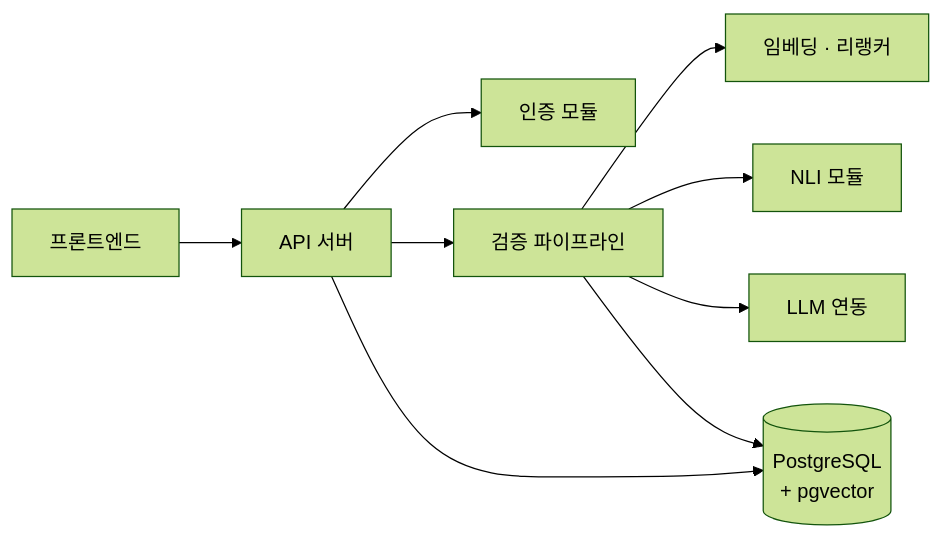
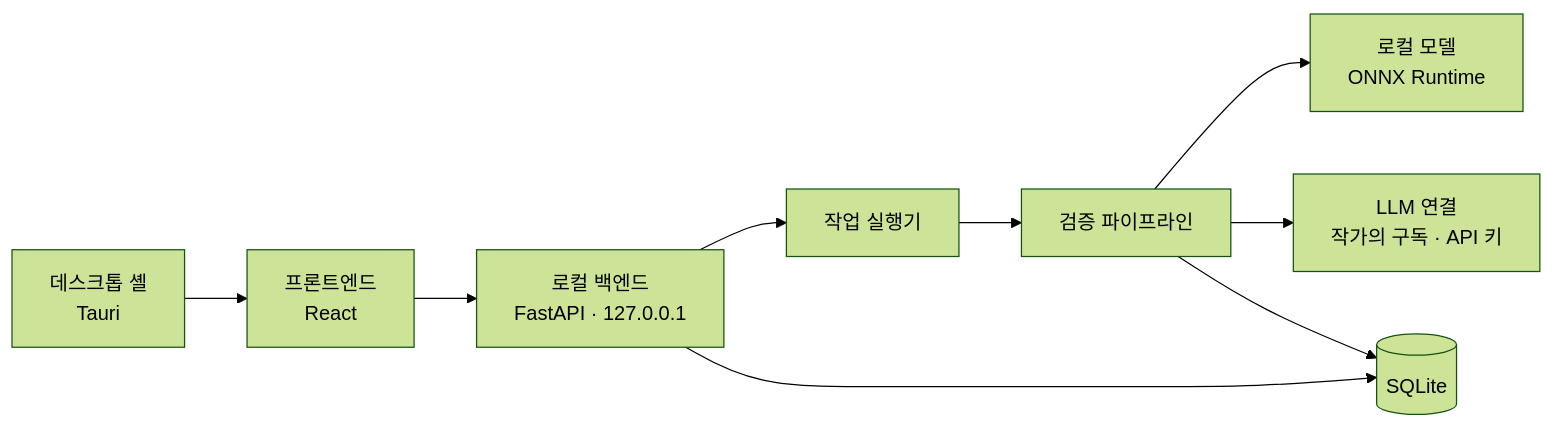
One commit to mminjae97/retcona changed the third of 9 diagrams in README.md. Above: the diagram before and after it, drawn with Mermaid (forest theme). The commit also changed other lines of this file and 3 other files, not shown here.

````diff
--- a/README.md
+++ b/README.md
@@ -416,11 +375,11 @@
 ```mermaid
 flowchart LR
-    FE[프론트엔드] --> API[API 서버]
-    API --> AUTH[인증 모듈]
-    API --> PIPE[검증 파이프라인]
-    PIPE --> EMB[임베딩 · 리랭커]
-    PIPE --> NLI[NLI 모듈]
-    PIPE --> LLM[LLM 연동]
-    PIPE --> DB[(PostgreSQL<br/>+ pgvector)]
+    SHELL[데스크톱 셸<br/>Tauri] --> FE[프론트엔드<br/>React]
+    FE --> API[로컬 백엔드<br/>FastAPI · 127.0.0.1]
+    API --> RUN[작업 실행기]
+    RUN --> PIPE[검증 파이프라인]
+    PIPE --> INF[로컬 모델<br/>ONNX Runtime]
+    PIPE --> LLM[LLM 연결<br/>작가의 구독 · API 키]
+    PIPE --> DB[(SQLite)]
     API --> DB
 ```
````
